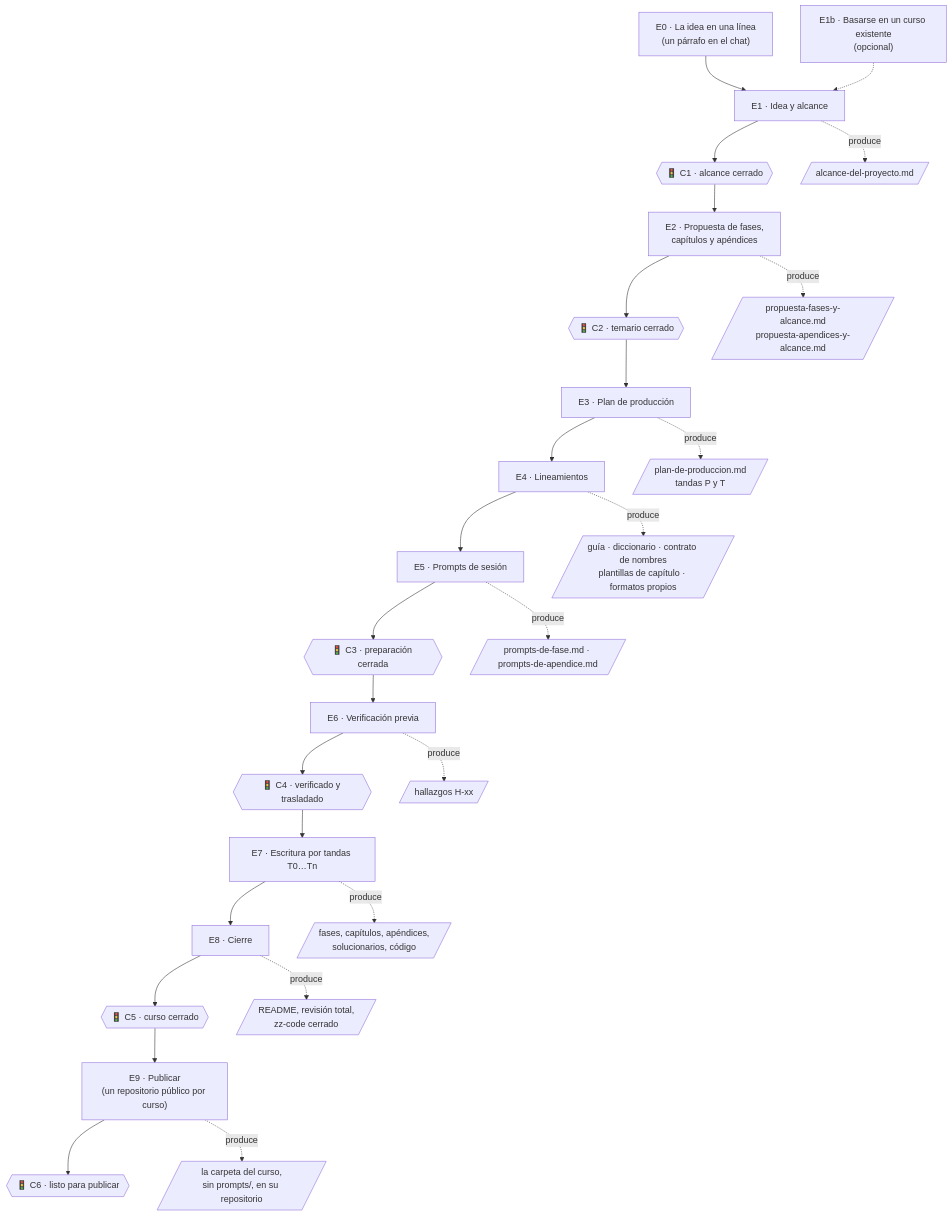
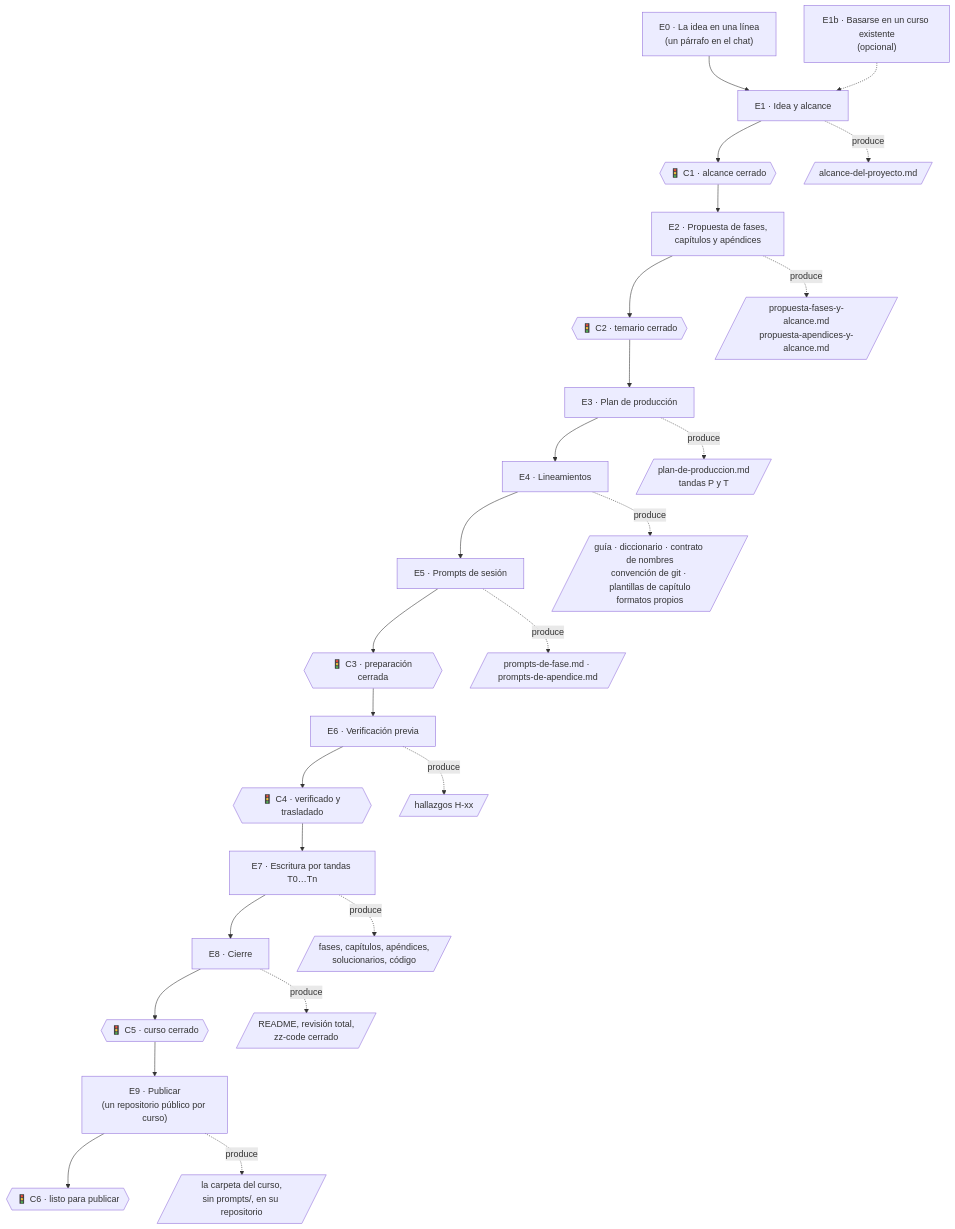
The first of 3 diagrams in zz-instrucciones/00-workflow-de-un-curso.md (oskar-raul-dev/courses-ai-generated), drawn with Mermaid before and after one commit. The commit also changed other lines of this file and 32 other files, not shown here.

````diff
--- a/zz-instrucciones/00-workflow-de-un-curso.md
+++ b/zz-instrucciones/00-workflow-de-un-curso.md
@@ -15,35 +14,35 @@
 ```mermaid
 flowchart TD
     E0["E0 · La idea en una línea<br/>(un párrafo en el chat)"]
     E1["E1 · Idea y alcance"]
     E1b["E1b · Basarse en un curso existente<br/>(opcional)"]
     E2["E2 · Propuesta de fases,<br/>capítulos y apéndices"]
     E3["E3 · Plan de producción"]
     E4["E4 · Lineamientos"]
     E5["E5 · Prompts de sesión"]
     E6["E6 · Verificación previa"]
     E7["E7 · Escritura por tandas T0…Tn"]
     E8["E8 · Cierre"]
     E9["E9 · Publicar<br/>(un repositorio público por curso)"]
 
     C1{{"🚦 C1 · alcance cerrado"}}
     C2{{"🚦 C2 · temario cerrado"}}
     C3{{"🚦 C3 · preparación cerrada"}}
     C4{{"🚦 C4 · verificado y trasladado"}}
     C5{{"🚦 C5 · curso cerrado"}}
     C6{{"🚦 C6 · listo para publicar"}}
 
     E0 --> E1
     E1b -.-> E1
     E1 --> C1 --> E2 --> C2 --> E3 --> E4 --> E5 --> C3 --> E6 --> C4 --> E7 --> E8 --> C5 --> E9 --> C6
 
     E1 -. produce .-> D1[/"alcance-del-proyecto.md"/]
     E2 -. produce .-> D2[/"propuesta-fases-y-alcance.md<br/>propuesta-apendices-y-alcance.md"/]
     E3 -. produce .-> D3[/"plan-de-produccion.md<br/>tandas P y T"/]
-    E4 -. produce .-> D4[/"guía · diccionario · contrato de nombres<br/>plantillas de capítulo · formatos propios"/]
+    E4 -. produce .-> D4[/"guía · diccionario · contrato de nombres<br/>convención de git · plantillas de capítulo<br/>formatos propios"/]
     E5 -. produce .-> D5[/"prompts-de-fase.md · prompts-de-apendice.md"/]
     E6 -. produce .-> D6[/"hallazgos H-xx"/]
     E7 -. produce .-> D7[/"fases, capítulos, apéndices,<br/>solucionarios, código"/]
     E8 -. produce .-> D8[/"README, revisión total,<br/>zz-code cerrado"/]
     E9 -. produce .-> D9[/"la carpeta del curso,<br/>sin prompts/, en su repositorio"/]
 ```
````
